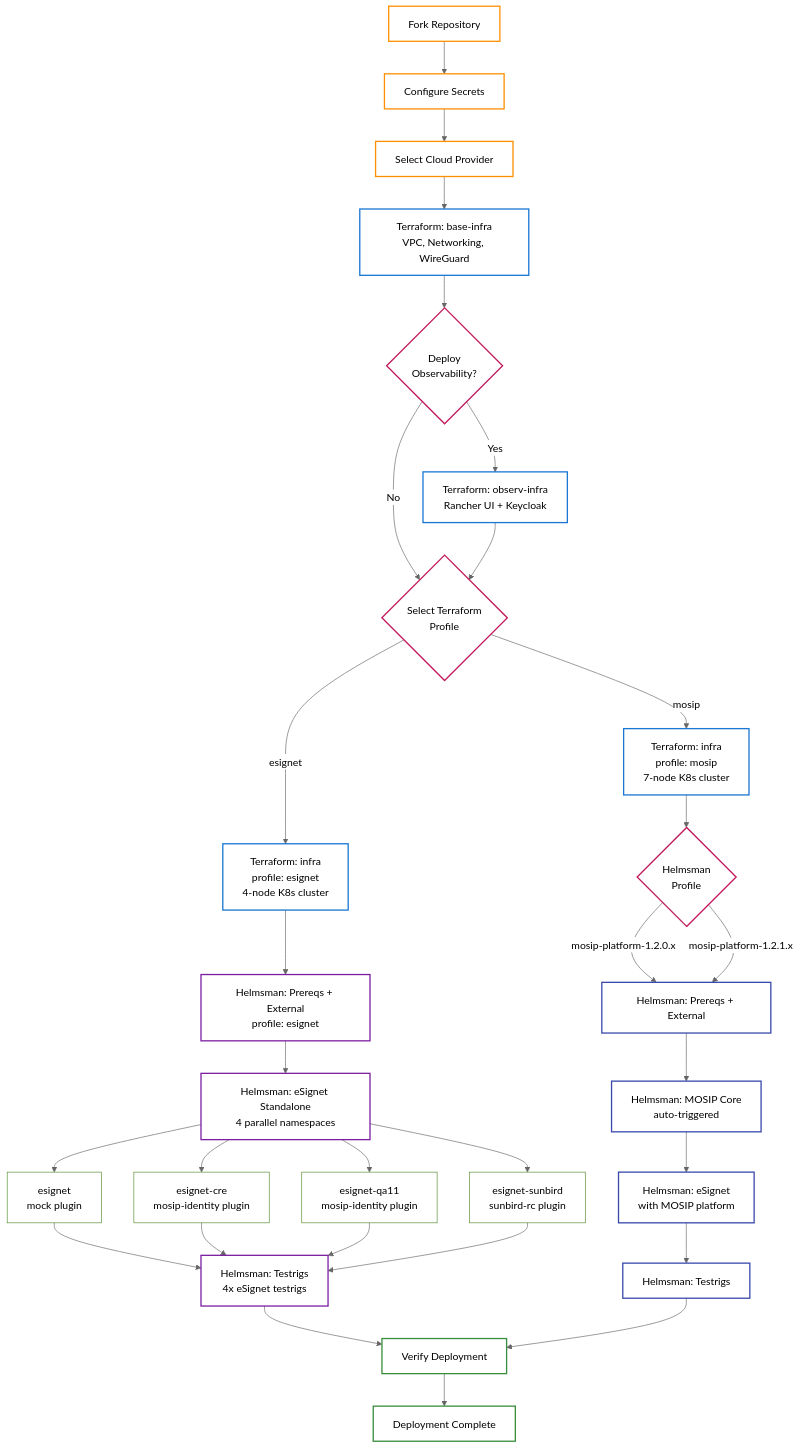
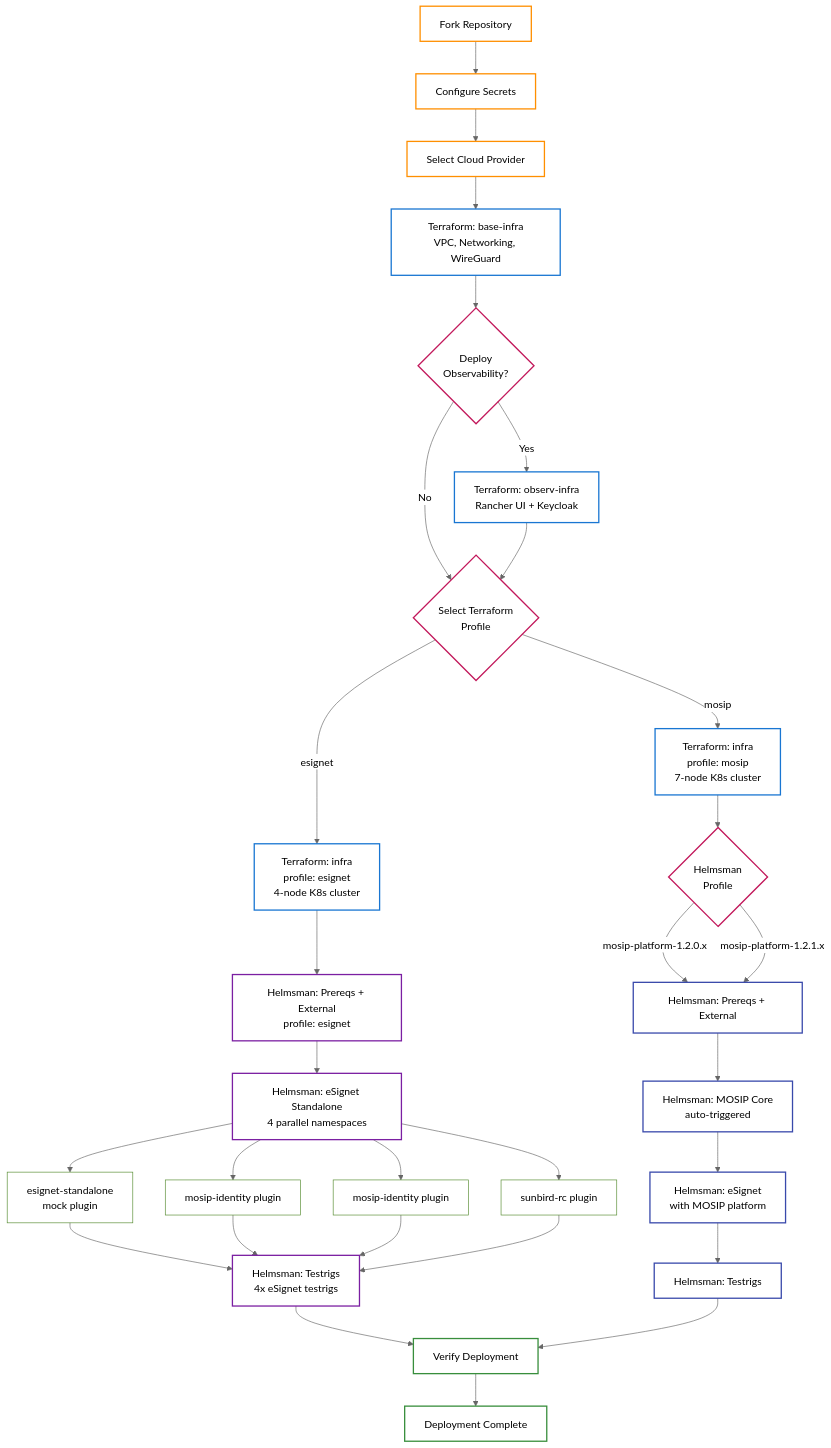
Before and after one commit to mosip/infra: the diagram in README.md, drawn with Mermaid.

Commit message:
fix: update flow diagram to remove specific namespace names
Replace esignet-cre, esignet-qa11, esignet-sunbird namespace labels
with plugin-only names and update esignet to esignet-standalone.

````diff
--- a/README.md
+++ b/README.md
@@ -28,63 +28,63 @@
 ```mermaid
 %%{init: {'theme': 'neutral'}}%%
 graph TB
     %% Prerequisites
     A[Fork Repository] --> B[Configure Secrets]
     B --> C[Select Cloud Provider]
 
     %% Infrastructure Phase
     C --> D[Terraform: base-infra<br/>VPC, Networking, WireGuard]
     D --> OBS{Deploy<br/>Observability?}
     OBS -->|Yes| F[Terraform: observ-infra<br/>Rancher UI + Keycloak]
     OBS -->|No| PS
     F --> PS
 
     %% Terraform Profile Selection
     PS{Select Terraform<br/>Profile}
     PS -->|esignet| TF_ES[Terraform: infra<br/>profile: esignet<br/>4-node K8s cluster]
     PS -->|mosip| TF_MP[Terraform: infra<br/>profile: mosip<br/>7-node K8s cluster]
 
     %% ── eSignet Standalone Flow — Helmsman profile: esignet ─────
     TF_ES --> ES_EXT[Helmsman: Prereqs + External<br/>profile: esignet]
     ES_EXT --> ES_ESIGNET[Helmsman: eSignet Standalone<br/>4 parallel namespaces]
 
-    ES_ESIGNET --> NS1[esignet<br/>mock plugin]
-    ES_ESIGNET --> NS2[esignet-cre<br/>mosip-identity plugin]
-    ES_ESIGNET --> NS3[esignet-qa11<br/>mosip-identity plugin]
-    ES_ESIGNET --> NS4[esignet-sunbird<br/>sunbird-rc plugin]
+    ES_ESIGNET --> NS1[esignet-standalone<br/>mock plugin]
+    ES_ESIGNET --> NS2[mosip-identity plugin]
+    ES_ESIGNET --> NS3[mosip-identity plugin]
+    ES_ESIGNET --> NS4[sunbird-rc plugin]
 
     NS1 --> ES_TRIGS[Helmsman: Testrigs<br/>4x eSignet testrigs]
     NS2 --> ES_TRIGS
     NS3 --> ES_TRIGS
     NS4 --> ES_TRIGS
 
     %% ── MOSIP Platform Flow — Helmsman profile selection ────────
     TF_MP --> MP_VER{Helmsman<br/>Profile}
     MP_VER -->|mosip-platform-1.2.0.x| MP_EXT[Helmsman: Prereqs + External]
     MP_VER -->|mosip-platform-1.2.1.x| MP_EXT
     MP_EXT --> MP_MOSIP[Helmsman: MOSIP Core<br/>auto-triggered]
     MP_MOSIP --> MP_ESIGNET[Helmsman: eSignet<br/>with MOSIP platform]
     MP_ESIGNET --> MP_TRIGS[Helmsman: Testrigs]
 
     %% Final Verification
     ES_TRIGS --> V[Verify Deployment]
     MP_TRIGS --> V
     V --> DONE[Deployment Complete]
 
     %% Styling — transparent fills for readability in both light and dark themes
     classDef prereq fill:none,stroke:#ff8f00,stroke-width:2px
     classDef terraform fill:none,stroke:#1976d2,stroke-width:2px
     classDef helmsman fill:none,stroke:#7b1fa2,stroke-width:2px
     classDef mosip fill:none,stroke:#3949ab,stroke-width:2px
     classDef ns fill:none,stroke:#558b2f,stroke-width:1px
     classDef success fill:none,stroke:#388e3c,stroke-width:2px
     classDef decision fill:none,stroke:#c2185b,stroke-width:2px
 
     class A,B,C prereq
     class D,F,TF_ES,TF_MP terraform
     class ES_EXT,ES_ESIGNET,ES_TRIGS helmsman
     class MP_EXT,MP_MOSIP,MP_ESIGNET,MP_TRIGS mosip
     class NS1,NS2,NS3,NS4 ns
     class V,DONE success
     class OBS,PS,MP_VER decision
 ```
````
